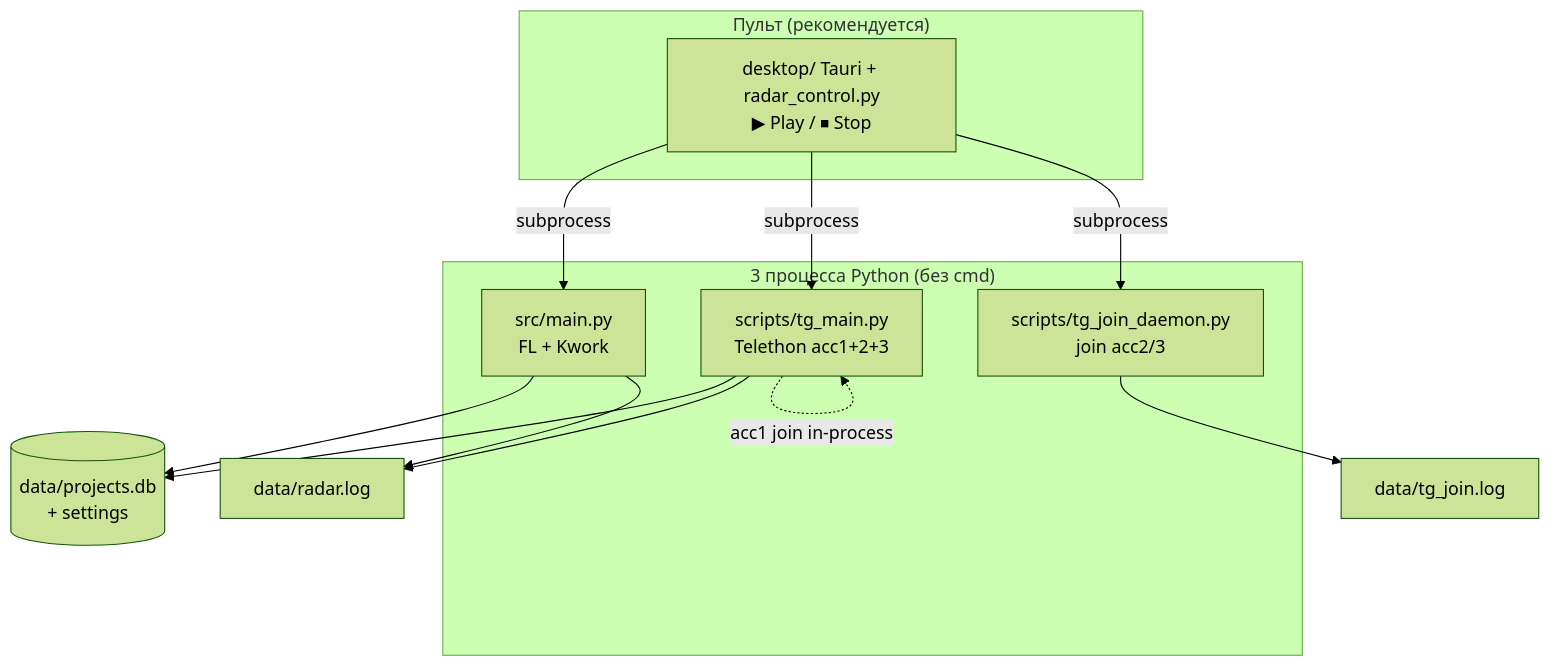
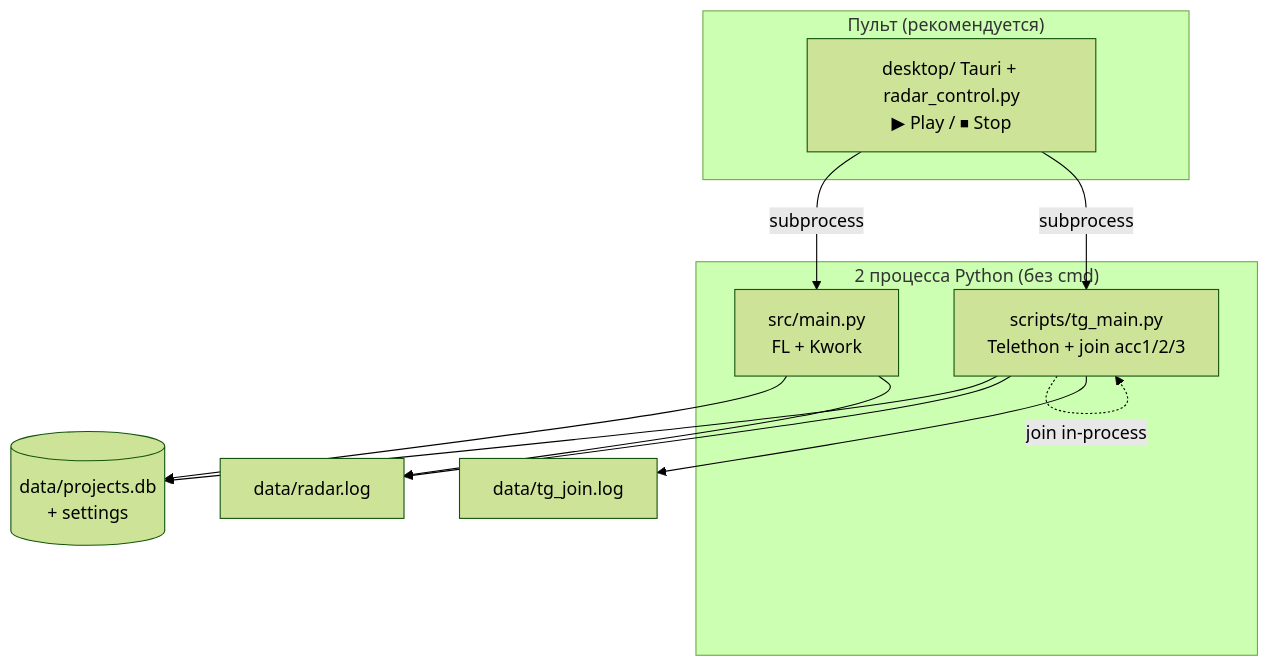
Before and after one commit to Rode51/rawlead: the first of 2 diagrams in docs/team/ARCHITECTURE.md, drawn with Mermaid (forest theme). The commit also changed other lines of this file and 15 other files, not shown here.

````diff
--- a/docs/team/ARCHITECTURE.md
+++ b/docs/team/ARCHITECTURE.md
@@ -11,24 +11,22 @@
 ```mermaid
 flowchart TB
   subgraph desktop["Пульт (рекомендуется)"]
     GUI["desktop/ Tauri + radar_control.py\n▶ Play / ⏹ Stop"]
   end
-  subgraph workers["3 процесса Python (без cmd)"]
+  subgraph workers["2 процесса Python (без cmd)"]
     M["src/main.py\nFL + Kwork"]
-    T["scripts/tg_main.py\nTelethon acc1+2+3"]
-    J["scripts/tg_join_daemon.py\njoin acc2/3"]
+    T["scripts/tg_main.py\nTelethon + join acc1/2/3"]
   end
   DB[("data/projects.db\n+ settings")]
   LR["data/radar.log"]
   LJ["data/tg_join.log"]
 
   GUI -->|subprocess| M
   GUI -->|subprocess| T
-  GUI -->|subprocess| J
   M --> DB
   M --> LR
   T --> DB
   T --> LR
-  J --> LJ
-  T -.->|acc1 join in-process| T
+  T --> LJ
+  T -.->|join in-process| T
 ```
````
